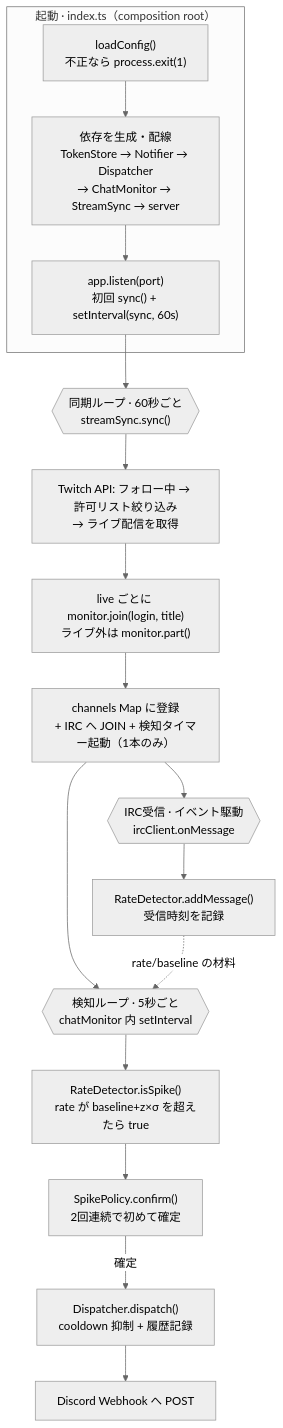
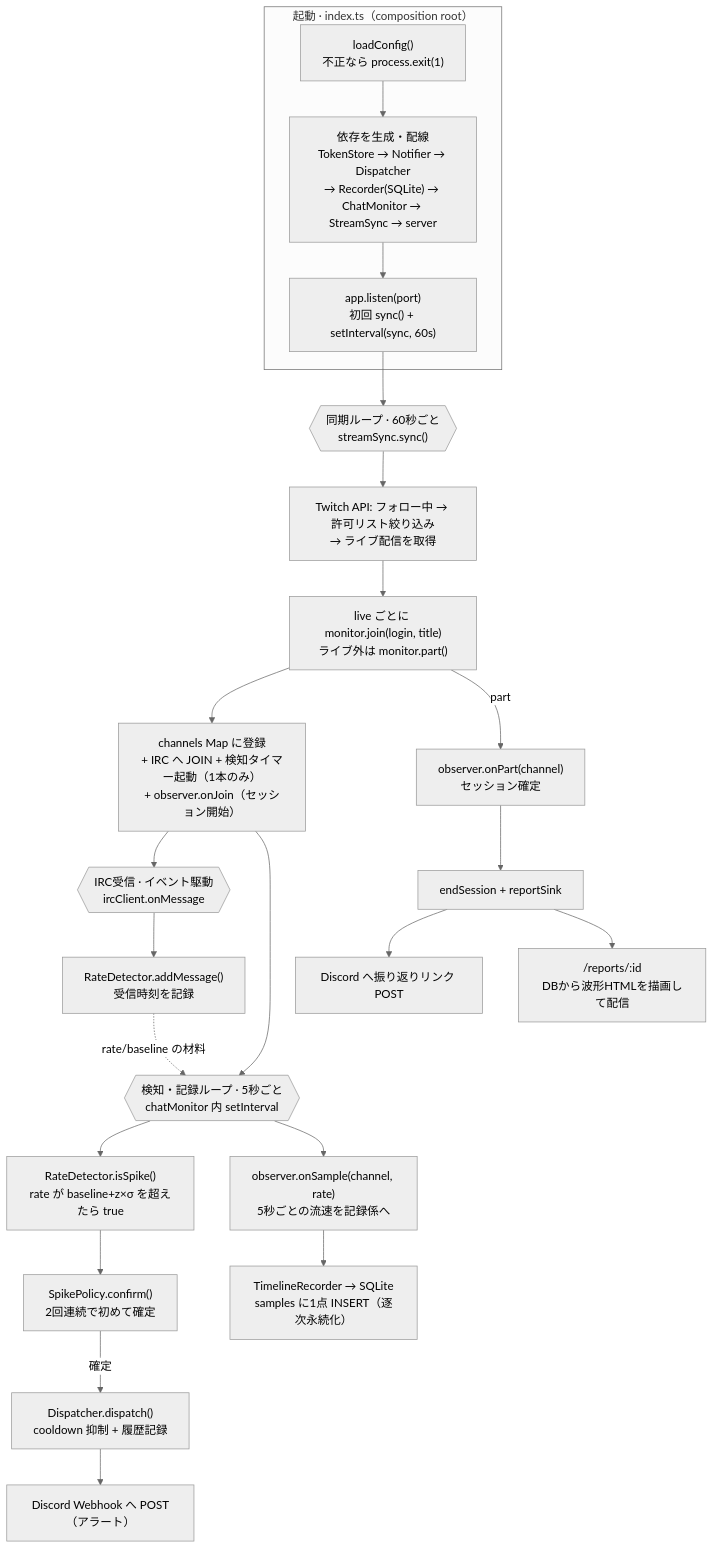
One commit to endomasayaendo/chatgust changed the first of 2 diagrams in docs/architecture.md. Above: the diagram before and after it, drawn with Mermaid (neutral theme). The commit also changed other lines of this file and 27 other files, not shown here.

````diff
--- a/docs/architecture.md
+++ b/docs/architecture.md
@@ -13,23 +15,32 @@
 ```mermaid
 flowchart TD
     subgraph boot["起動 · index.ts（composition root）"]
-        A["loadConfig()<br/>不正なら process.exit(1)"] --> B["依存を生成・配線<br/>TokenStore → Notifier → Dispatcher<br/>→ ChatMonitor → StreamSync → server"]
+        A["loadConfig()<br/>不正なら process.exit(1)"] --> B["依存を生成・配線<br/>TokenStore → Notifier → Dispatcher<br/>→ Recorder(SQLite) → ChatMonitor → StreamSync → server"]
         B --> C["app.listen(port)<br/>初回 sync() + setInterval(sync, 60s)"]
     end
 
     C --> D{{"同期ループ · 60秒ごと<br/>streamSync.sync()"}}
     D --> E["Twitch API: フォロー中 → 許可リスト絞り込み<br/>→ ライブ配信を取得"]
     E --> F["live ごとに monitor.join(login, title)<br/>ライブ外は monitor.part()"]
 
-    F --> G["channels Map に登録<br/>+ IRC へ JOIN + 検知タイマー起動（1本のみ）"]
+    F --> G["channels Map に登録<br/>+ IRC へ JOIN + 検知タイマー起動（1本のみ）<br/>+ observer.onJoin（セッション開始）"]
 
     G --> H{{"IRC受信 · イベント駆動<br/>ircClient.onMessage"}}
     H --> I["RateDetector.addMessage()<br/>受信時刻を記録"]
 
-    G --> J{{"検知ループ · 5秒ごと<br/>chatMonitor 内 setInterval"}}
+    G --> J{{"検知・記録ループ · 5秒ごと<br/>chatMonitor 内 setInterval"}}
     I -. rate/baseline の材料 .-> J
+
     J --> K["RateDetector.isSpike()<br/>rate が baseline+z×σ を超えたら true"]
     K --> L["SpikePolicy.confirm()<br/>2回連続で初めて確定"]
     L -->|確定| M["Dispatcher.dispatch()<br/>cooldown 抑制 + 履歴記録"]
-    M --> N["Discord Webhook へ POST"]
+    M --> N["Discord Webhook へ POST（アラート）"]
+
+    J --> R["observer.onSample(channel, rate)<br/>5秒ごとの流速を記録係へ"]
+    R --> S["TimelineRecorder → SQLite<br/>samples に1点 INSERT（逐次永続化）"]
+
+    F -->|part| P["observer.onPart(channel)<br/>セッション確定"]
+    P --> Q["endSession + reportSink"]
+    Q --> T["Discord へ振り返りリンク POST"]
+    Q --> U["/reports/:id<br/>DBから波形HTMLを描画して配信"]
 ```
````
